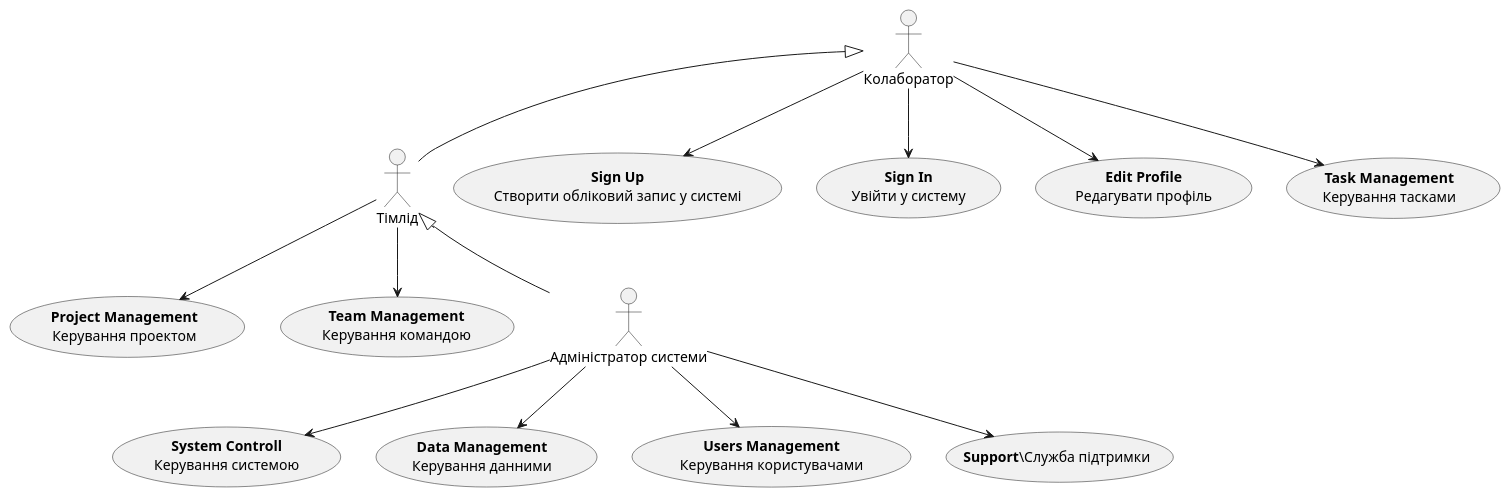
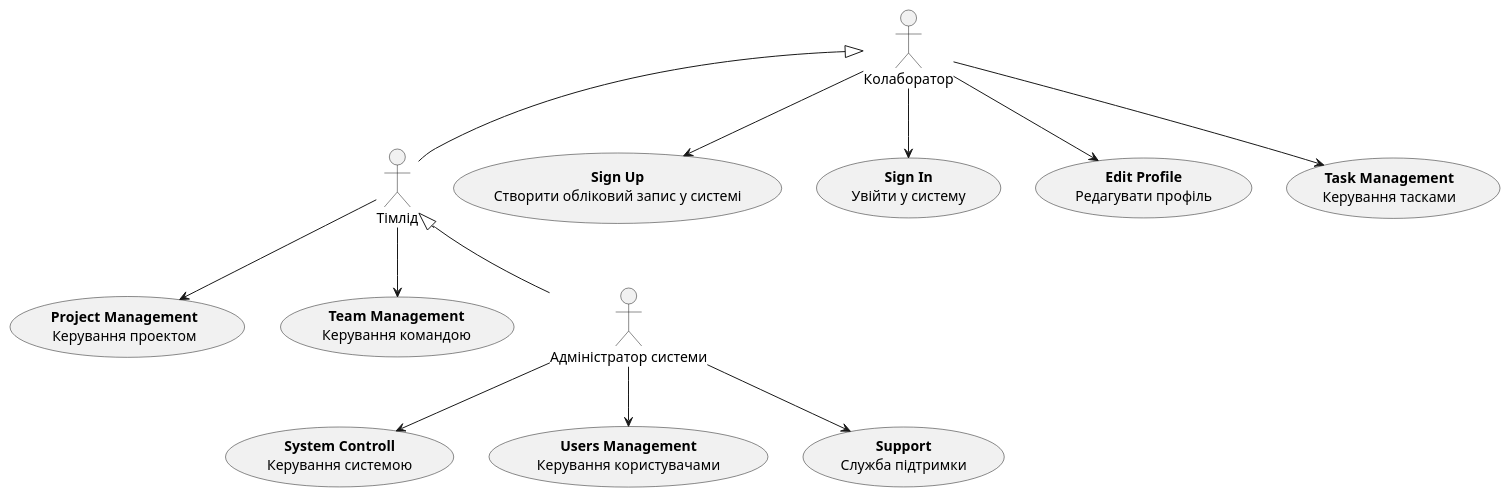
One commit to edu-db/edu_db_labs changed the first of 4 diagrams in docs/use cases/README.md. Above: the diagram before and after it, drawn with PlantUML. The commit also changed other lines of this file, not shown here.

Commit message:
Admin usecase diagram

```diff
--- a/docs/use cases/README.md
+++ b/docs/use cases/README.md
@@ -11,31 +11,32 @@
 @startuml
 
 actor "Колаборатор" as Collaborator
+
 usecase "<b>Sign Up</b>\nСтворити обліковий запис у системі" as Registration
 usecase "<b>Sign In</b>\nУвійти у систему" as Login
 usecase "<b>Edit Profile</b>\nРедагувати профіль" as EditProfile
 usecase "<b>Task Management</b>\nКерування тасками" as TaskManagement
 Collaborator --> Registration
 Collaborator --> Login
 Collaborator --> EditProfile
 Collaborator --> TaskManagement
 
 actor "Тімлід" as Teamlead
+
 usecase "<b>Project Management</b>\nКерування проектом" as ProjectManagement
 usecase "<b>Team Management</b>\nКерування командою" as TeamManagement
 Teamlead --> ProjectManagement
 Teamlead --> TeamManagement
 Teamlead -u-|> Collaborator
 
 actor "Адміністратор системи" as Admin
+
 usecase "<b>System Controll</b>\nКерування системою" as SystemControll
-usecase "<b>Data Management</b>\nКерування данними" as DataManagement
 usecase "<b>Users Management</b>\nКерування користувачами" as UserManagement
-usecase "<b>Support</b>\Служба підтримки" as Support
+usecase "<b>Support</b>\nСлужба підтримки" as Support
 Admin --> SystemControll
-Admin --> DataManagement
 Admin --> UserManagement
 Admin --> Support
 Admin -u-|> Teamlead
 
 @enduml
```
